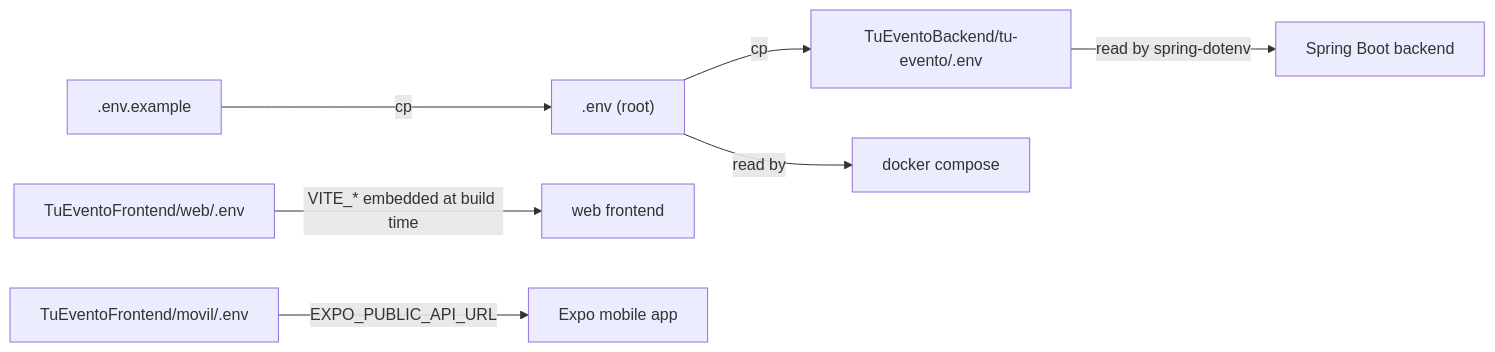
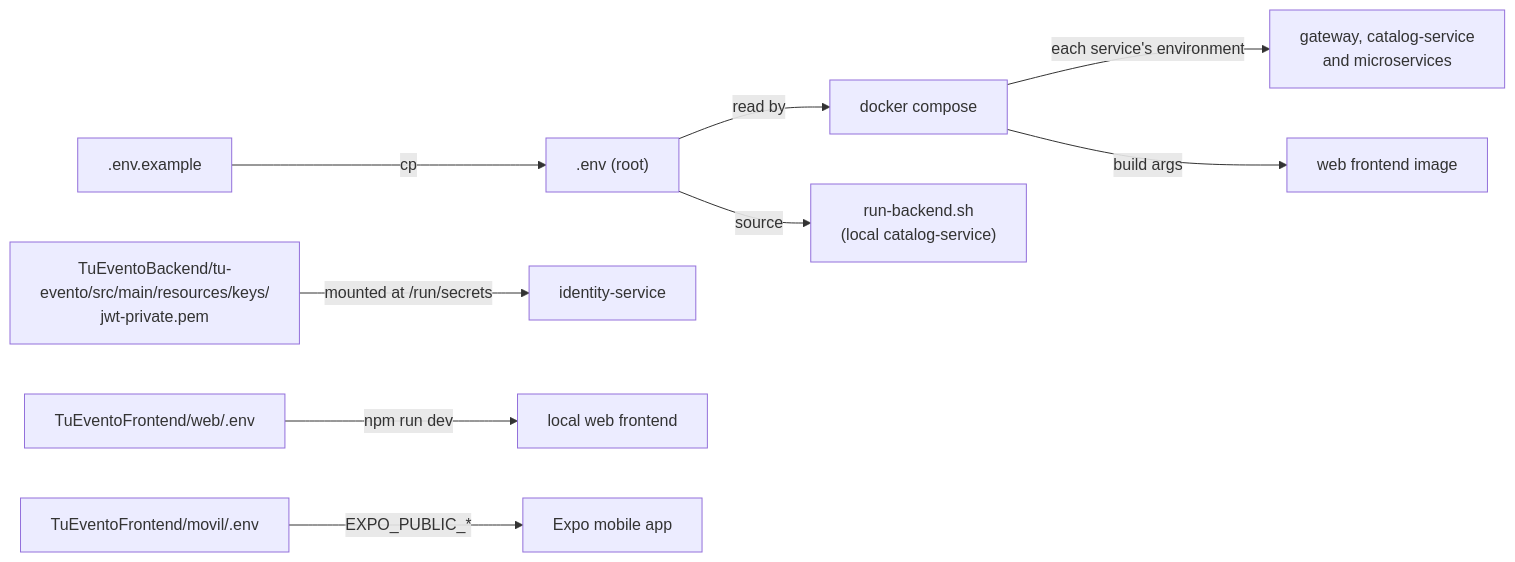
One commit to TheJhampierBoy/TuEvento-Docs changed the second of 6 diagrams in en/11_Manual_Instalacion.md. Above: the diagram before and after it, drawn with Mermaid. The commit also changed other lines of this file and 1 other file, not shown here.

First line of the commit message:
docs: update installation manual to v1.2.0 (gateway and microservices)

````diff
--- a/en/11_Manual_Instalacion.md
+++ b/en/11_Manual_Instalacion.md
@@ -190,9 +229,11 @@
 ```mermaid
 flowchart LR
     EX[".env.example"] -->|"cp"| R[".env (root)"]
-    R -->|"cp"| BE["TuEventoBackend/tu-evento/.env"]
     R -->|"read by"| DC["docker compose"]
-    BE -->|"read by spring-dotenv"| BK["Spring Boot backend"]
-    WE["TuEventoFrontend/web/.env"] -->|"VITE_* embedded at build time"| FW["web frontend"]
-    ME["TuEventoFrontend/movil/.env"] -->|"EXPO_PUBLIC_API_URL"| MV["Expo mobile app"]
+    DC -->|"each service's environment"| SV["gateway, catalog-service<br/>and microservices"]
+    R -->|"source"| RB["run-backend.sh<br/>(local catalog-service)"]
+    KEY["TuEventoBackend/tu-evento/src/main/resources/keys/<br/>jwt-private.pem"] -->|"mounted at /run/secrets"| ID["identity-service"]
+    DC -->|"build args"| FW["web frontend image"]
+    WE["TuEventoFrontend/web/.env"] -->|"npm run dev"| FD["local web frontend"]
+    ME["TuEventoFrontend/movil/.env"] -->|"EXPO_PUBLIC_*"| MV["Expo mobile app"]
 ```
````
